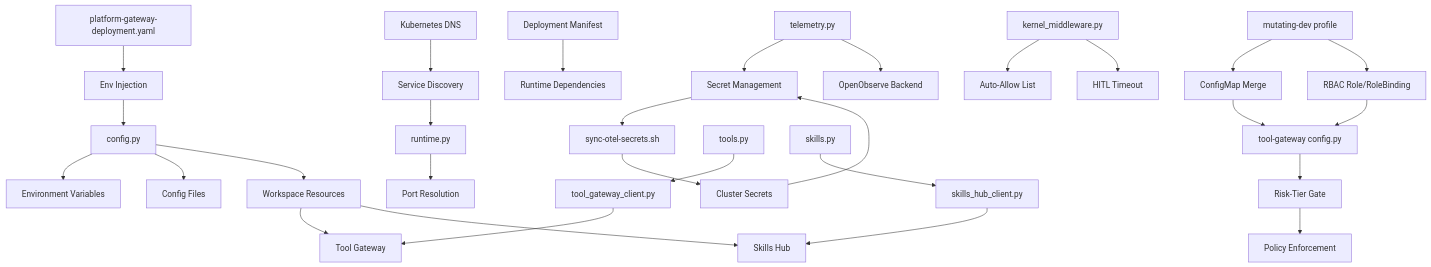
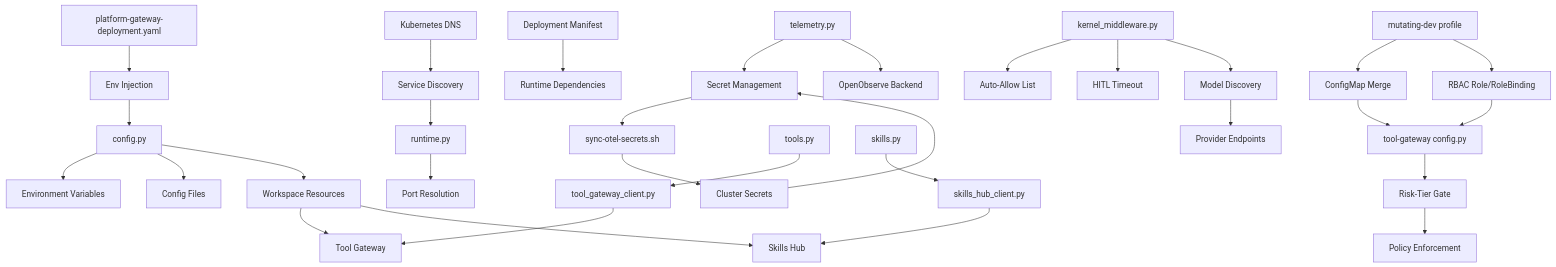
One commit to metasync/luban-aiops changed diagram 14 of 14 in .qoder/repowiki/en/content/Tool Gateway Service/Configuration and Environment Setup.md. Above: the diagram before and after it, drawn with Mermaid. The commit also changed other lines of this file and 7 other files, not shown here.

````diff
--- a/.qoder/repowiki/en/content/Tool Gateway Service/Configuration and Environment Setup.md
+++ b/.qoder/repowiki/en/content/Tool Gateway Service/Configuration and Environment Setup.md
@@ -707,31 +778,33 @@
 ```mermaid
 graph TB
 CFG["config.py"] --> ENV["Environment Variables"]
 CFG --> FILE["Config Files"]
 RT["runtime.py"] --> PORT["Port Resolution"]
 TELEMETRY["telemetry.py"] --> SECRETS["Secret Management"]
 SECRETS --> SYNC["sync-otel-secrets.sh"]
 SYNC --> CLUSTER["Cluster Secrets"]
 CLUSTER --> SECRETS
 DNS["Kubernetes DNS"] --> SVC["Service Discovery"]
 DOCKER["Deployment Manifest"] --> RUNTIME["Runtime Dependencies"]
 K8S["platform-gateway-deployment.yaml"] --> INJECT["Env Injection"]
 INJECT --> CFG
 SVC --> RT
 WS["Workspace Resources"] --> TOOLS["Tool Gateway"]
 WS --> SKILLS["Skills Hub"]
 CFG --> WS
 Tools["tools.py"] --> ToolsClient["tool_gateway_client.py"]
 Skills["skills.py"] --> SkillsClient["skills_hub_client.py"]
 ToolsClient --> TOOLS
 SkillsClient --> SKILLS
 TELEMETRY --> BACKEND["OpenObserve Backend"]
 Agent["kernel_middleware.py"] --> AutoAllow["Auto-Allow List"]
 Agent --> HITL["HITL Timeout"]
+Agent --> ModelDisc["Model Discovery"]
+ModelDisc --> Providers["Provider Endpoints"]
 ToolGW["tool-gateway config.py"] --> RiskGate["Risk-Tier Gate"]
 RiskGate --> Policy["Policy Enforcement"]
 MutDev["mutating-dev profile"] --> ConfigMerge["ConfigMap Merge"]
 MutDev --> RBAC["RBAC Role/RoleBinding"]
 ConfigMerge --> ToolGW
 RBAC --> ToolGW
 ```
````
